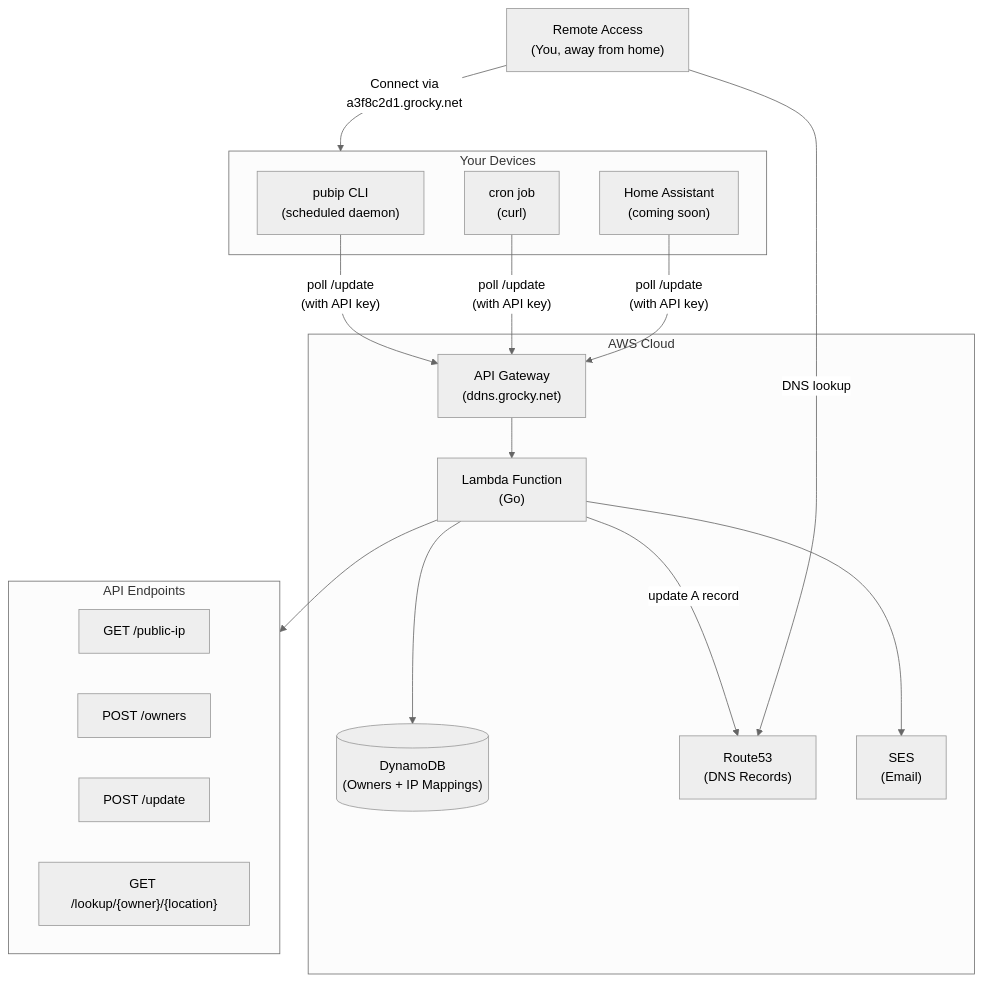
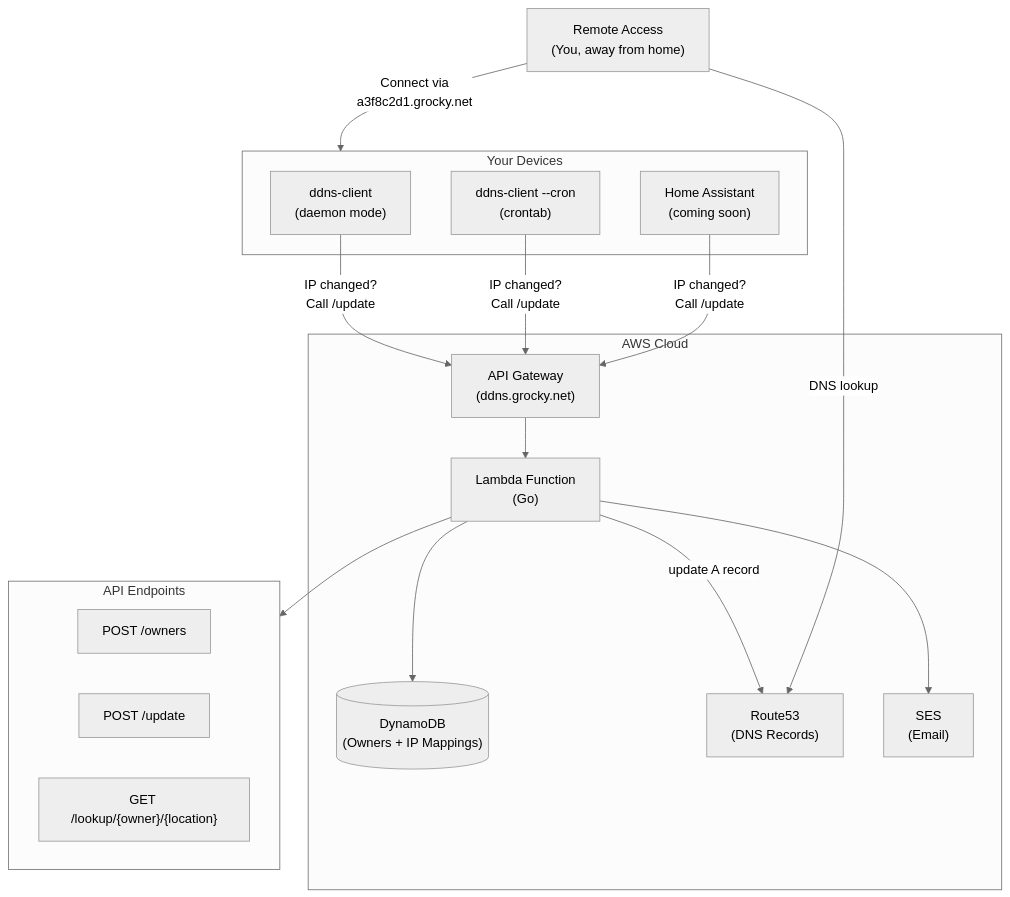
The first of 2 diagrams in README.md (grocky/ddns-service), drawn with Mermaid (neutral theme) before and after one commit. The commit also changed other lines of this file and 21 other files, not shown here.

Commit message:
set up ddns client

````diff
--- a/README.md
+++ b/README.md
@@ -31,37 +31,36 @@
 ```mermaid
 flowchart TB
     subgraph clients["Your Devices"]
-        daemon["pubip CLI\n(scheduled daemon)"]
-        cron["cron job\n(curl)"]
+        daemon["ddns-client\n(daemon mode)"]
+        cron["ddns-client --cron\n(crontab)"]
         ha["Home Assistant\n(coming soon)"]
     end
 
     subgraph aws["AWS Cloud"]
         apigw["API Gateway\n(ddns.grocky.net)"]
         lambda["Lambda Function\n(Go)"]
         dynamodb[("DynamoDB\n(Owners + IP Mappings)")]
         route53["Route53\n(DNS Records)"]
         ses["SES\n(Email)"]
     end
 
     subgraph endpoints["API Endpoints"]
         direction LR
-        e1["GET /public-ip"]
         e2["POST /owners"]
         e3["POST /update"]
         e4["GET /lookup/{owner}/{location}"]
     end
 
-    daemon -->|"poll /update\n(with API key)"| apigw
-    cron -->|"poll /update\n(with API key)"| apigw
-    ha -->|"poll /update\n(with API key)"| apigw
+    daemon -->|"IP changed?\nCall /update"| apigw
+    cron -->|"IP changed?\nCall /update"| apigw
+    ha -->|"IP changed?\nCall /update"| apigw
 
     apigw --> lambda
     lambda --> dynamodb
     lambda -->|"update A record"| route53
     lambda --> ses
     lambda --> endpoints
 
     remote["Remote Access\n(You, away from home)"] -->|"DNS lookup"| route53
     remote -->|"Connect via\na3f8c2d1.grocky.net"| clients
 ```
````
